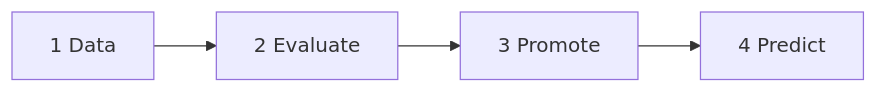
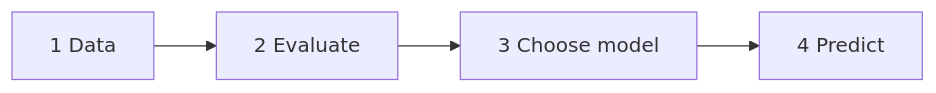
Before and after one commit to dhis2-chap/chap-frontend: the diagram in docs/modeling-workflow-proposal.md, drawn with Mermaid. The commit also changed other lines of this file and 37 other files, not shown here.

First line of the commit message:
feat: add tuning, a choose model step and the selection bias to the guided setup [CLIM-1752]

````diff
--- a/docs/modeling-workflow-proposal.md
+++ b/docs/modeling-workflow-proposal.md
@@ -19,4 +20,4 @@
 ```mermaid
 flowchart LR
-    D[1 Data] --> E[2 Evaluate] --> P[3 Promote] --> R[4 Predict]
+    D[1 Data] --> E[2 Evaluate] --> P[3 Choose model] --> R[4 Predict]
 ```
````
